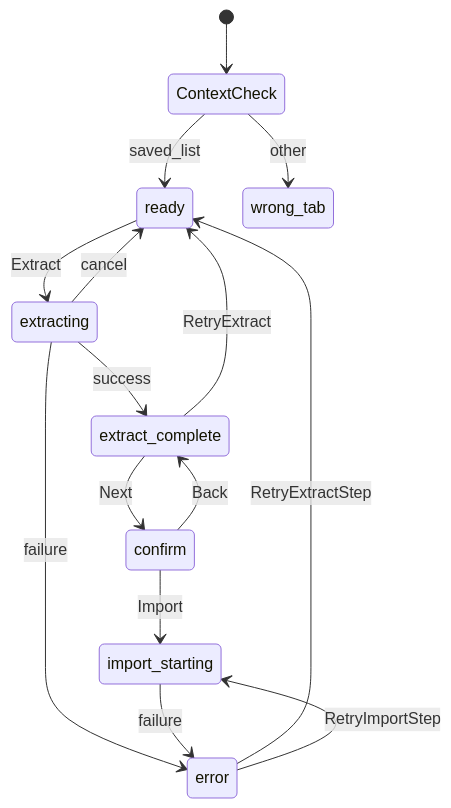
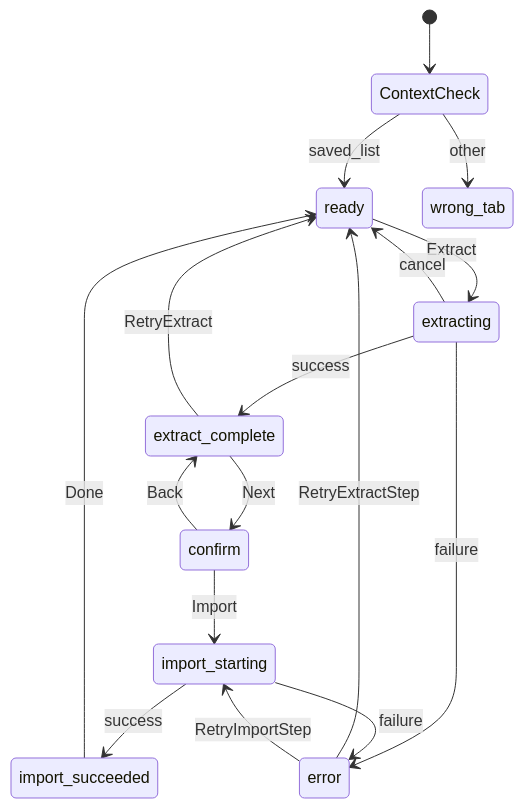
The diagram in docs/reference/extension-ui-specifications.md (photom/import2gmap), drawn with Mermaid before and after one commit. The commit also changed other lines of this file and 62 other files, not shown here.

````diff
--- a/docs/reference/extension-ui-specifications.md
+++ b/docs/reference/extension-ui-specifications.md
@@ -147,17 +162,19 @@
 ```mermaid
 stateDiagram-v2
   [*] --> ContextCheck
   ContextCheck --> ready: saved_list
   ContextCheck --> wrong_tab: other
   ready --> extracting: Extract
   extracting --> extract_complete: success
   extracting --> ready: cancel
   extracting --> error: failure
   extract_complete --> confirm: Next
   extract_complete --> ready: RetryExtract
   confirm --> extract_complete: Back
   confirm --> import_starting: Import
+  import_starting --> import_succeeded: success
   import_starting --> error: failure
+  import_succeeded --> ready: Done
   error --> ready: RetryExtractStep
   error --> import_starting: RetryImportStep
 ```
````
